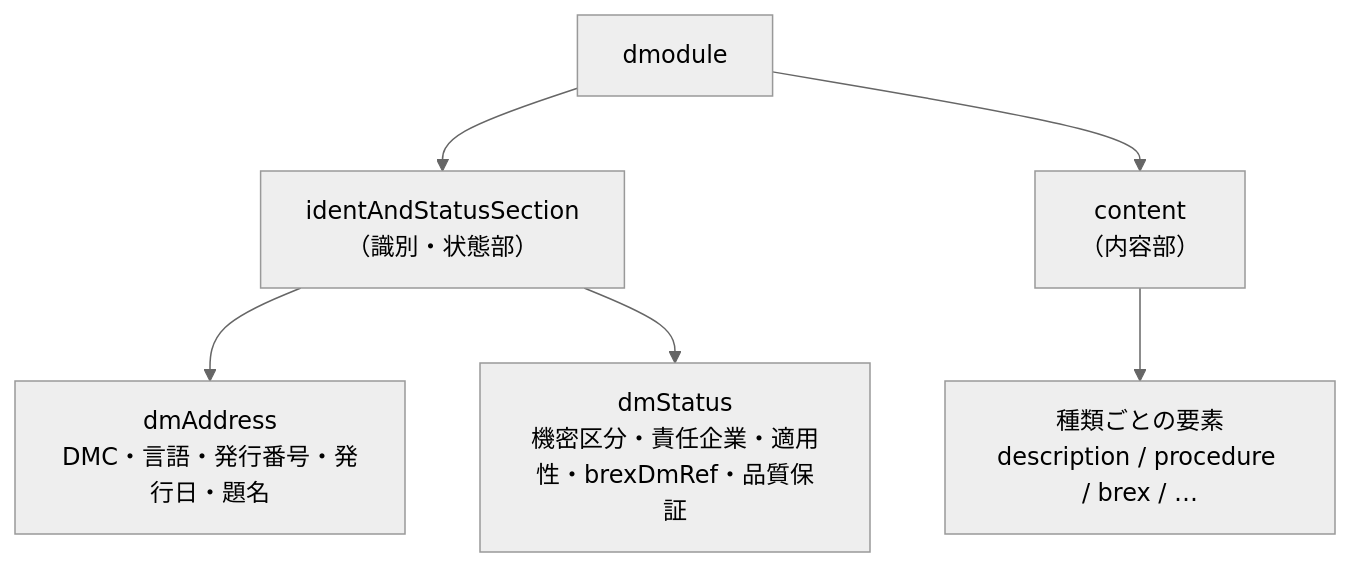
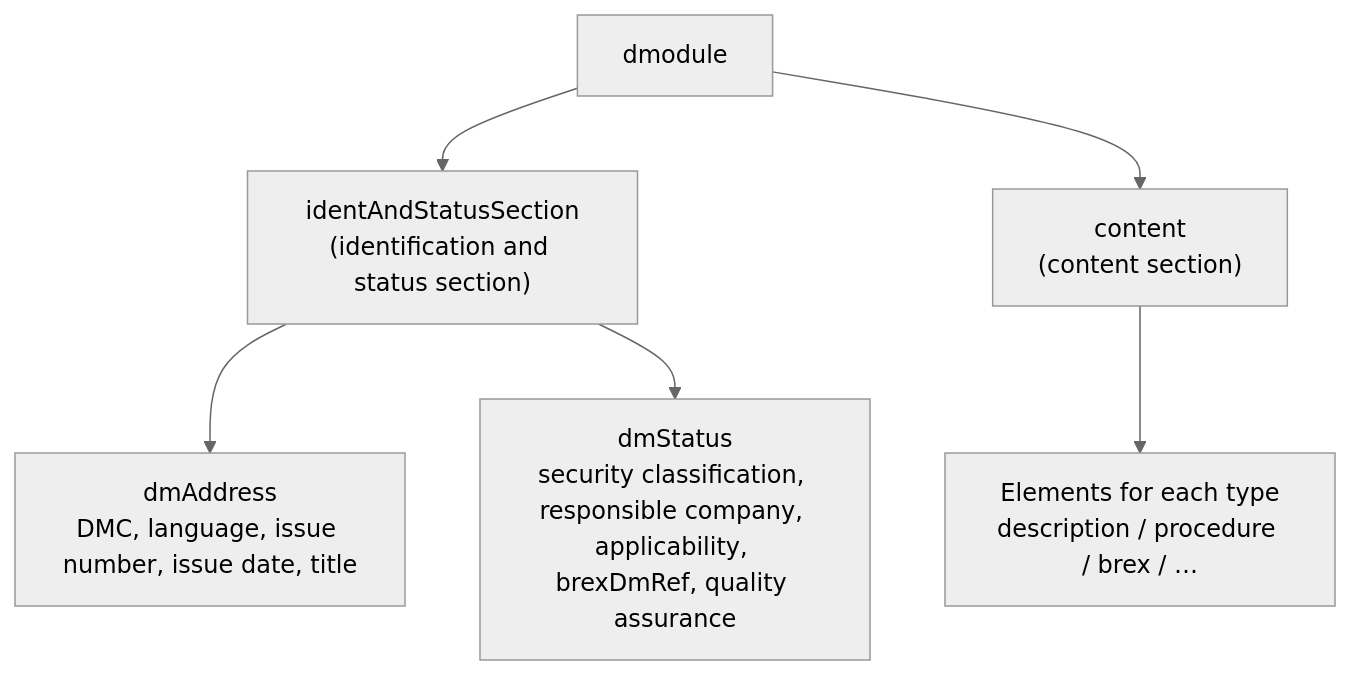
The diagram in site/src/content/docs/guide/data-module-and-dmc.md (shuji-bonji/s1000d-stack), drawn with Mermaid (neutral theme) before and after one commit. The commit also changed other lines of this file and 35 other files, not shown here.

````diff
--- a/site/src/content/docs/guide/data-module-and-dmc.md
+++ b/site/src/content/docs/guide/data-module-and-dmc.md
@@ -10,8 +10,8 @@
 ```mermaid
 flowchart TB
-  DM["dmodule"] --> IS["identAndStatusSection<br/>（識別・状態部）"]
-  DM --> C["content<br/>（内容部）"]
-  IS --> A["dmAddress<br/>DMC・言語・発行番号・発行日・題名"]
-  IS --> ST["dmStatus<br/>機密区分・責任企業・適用性・brexDmRef・品質保証"]
-  C --> X["種類ごとの要素<br/>description / procedure / brex / …"]
+  DM["dmodule"] --> IS["identAndStatusSection<br/>(identification and status section)"]
+  DM --> C["content<br/>(content section)"]
+  IS --> A["dmAddress<br/>DMC, language, issue number, issue date, title"]
+  IS --> ST["dmStatus<br/>security classification, responsible company, applicability, brexDmRef, quality assurance"]
+  C --> X["Elements for each type<br/>description / procedure / brex / …"]
 ```
````
